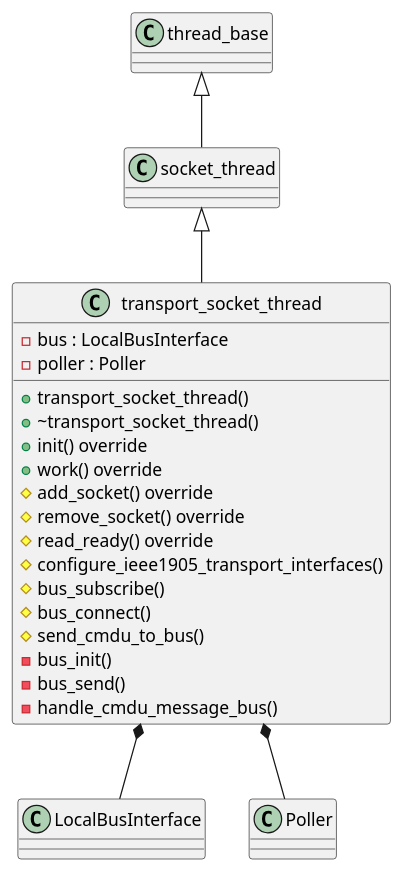
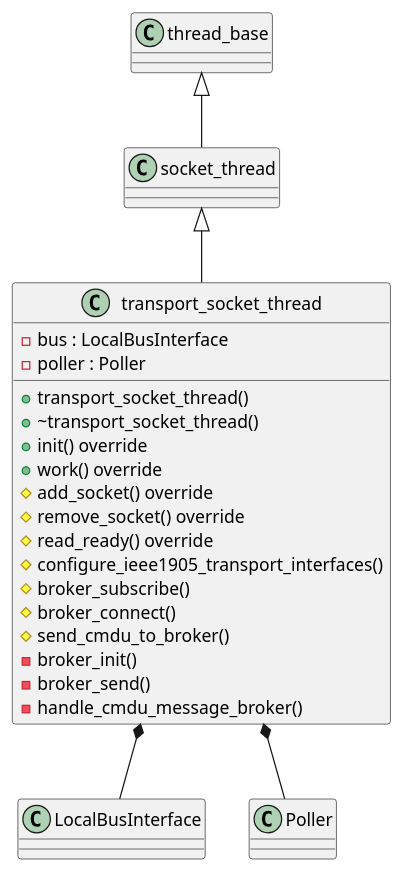
One commit to prplfoundation/prplMesh changed the fourth of 7 diagrams in documentation/images/plantuml/agent.wsd. Above: the diagram before and after it, drawn with PlantUML. The commit also changed 10 other files, not shown here.

First line of the commit message:
treewide: rename btl bus references to broker

```diff
--- a/documentation/images/plantuml/agent.wsd
+++ b/documentation/images/plantuml/agent.wsd
@@ -87,32 +87,32 @@
 @startuml btl
 
 class thread_base
 class socket_thread
 class LocalBusInterface
 class Poller
 
 class transport_socket_thread {
     +transport_socket_thread()
     +~transport_socket_thread()
     +init() override
     +work() override
     #add_socket() override
     #remove_socket() override
     #read_ready() override
     #configure_ieee1905_transport_interfaces()
-    #bus_subscribe()
-    #bus_connect()
-    #send_cmdu_to_bus()
-    -bus_init()
-    -bus_send()
-    -handle_cmdu_message_bus()
+    #broker_subscribe()
+    #broker_connect()
+    #send_cmdu_to_broker()
+    -broker_init()
+    -broker_send()
+    -handle_cmdu_message_broker()
     -bus : LocalBusInterface 
     -poller : Poller
 }
 
 thread_base <|-- socket_thread
 socket_thread <|-- transport_socket_thread
 transport_socket_thread *-- Poller
 transport_socket_thread *-- LocalBusInterface
 
 @enduml
```
